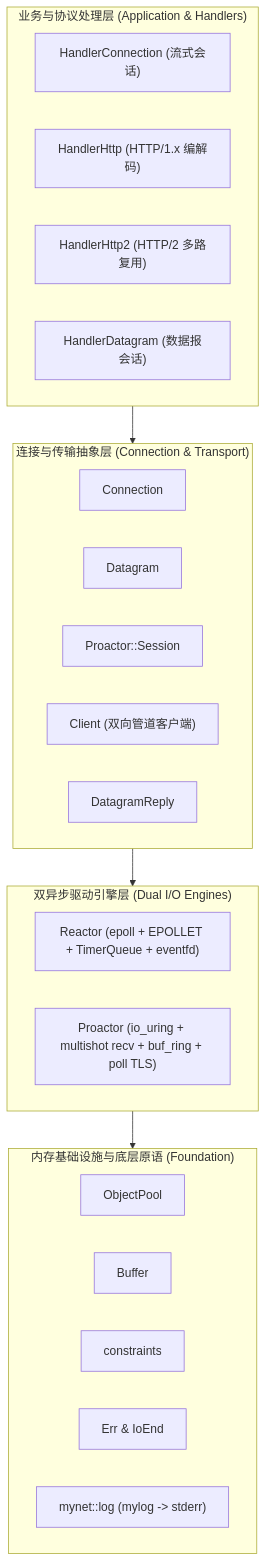
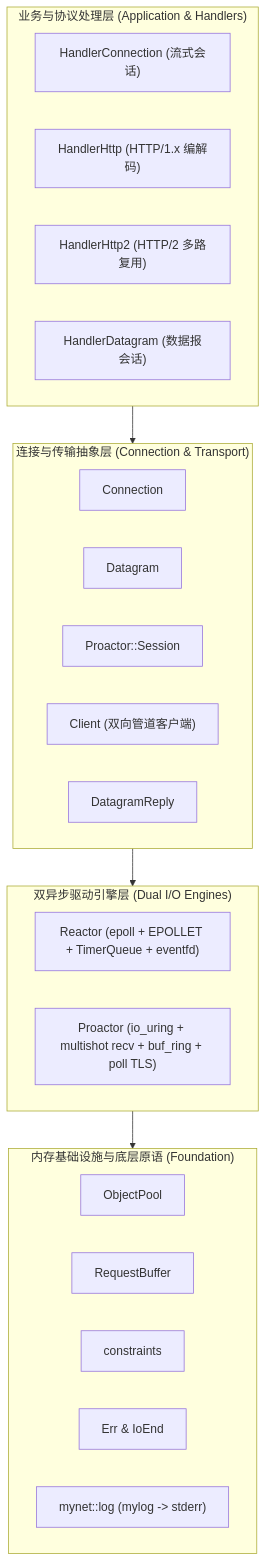
The diagram in README_zh.md (printf033/mynet), drawn with Mermaid before and after one commit. The commit also changed other lines of this file and 34 other files, not shown here.

````diff
--- a/README_zh.md
+++ b/README_zh.md
@@ -75,38 +75,38 @@
 ```mermaid
 flowchart TD
     subgraph App ["业务与协议处理层 (Application & Handlers)"]
         direction LR
         ConnHandler["HandlerConnection (流式会话)"]
         HandlerHttp["HandlerHttp (HTTP/1.x 编解码)"]
         Mux["HandlerHttp2<StreamHandler> (HTTP/2 多路复用)"]
         DatagramHandler["HandlerDatagram (数据报会话)"]
     end
 
     subgraph Core ["连接与传输抽象层 (Connection & Transport)"]
         direction LR
         Conn["Connection<Handler>"]
         Dgram["Datagram<Handler>"]
         Session["Proactor::Session"]
         PeerCl["Client<Event> (双向管道客户端)"]
         Datagram["DatagramReply"]
     end
 
     subgraph Engine ["双异步驱动引擎层 (Dual I/O Engines)"]
         direction LR
         ReactorEngine["Reactor (epoll + EPOLLET + TimerQueue + eventfd)"]
         ProactorEngine["Proactor (io_uring + multishot recv + buf_ring + poll TLS)"]
     end
 
     subgraph Foundation ["内存基础设施与底层原语 (Foundation)"]
         direction LR
         Pool["ObjectPool<T>"]
-        Buf["Buffer"]
+        Buf["RequestBuffer"]
         Constraints["constraints"]
         Err["Err & IoEnd"]
         Log["mynet::log (mylog -> stderr)"]
     end
 
     App --> Core
     Core --> Engine
     Engine --> Foundation
 ```
````
